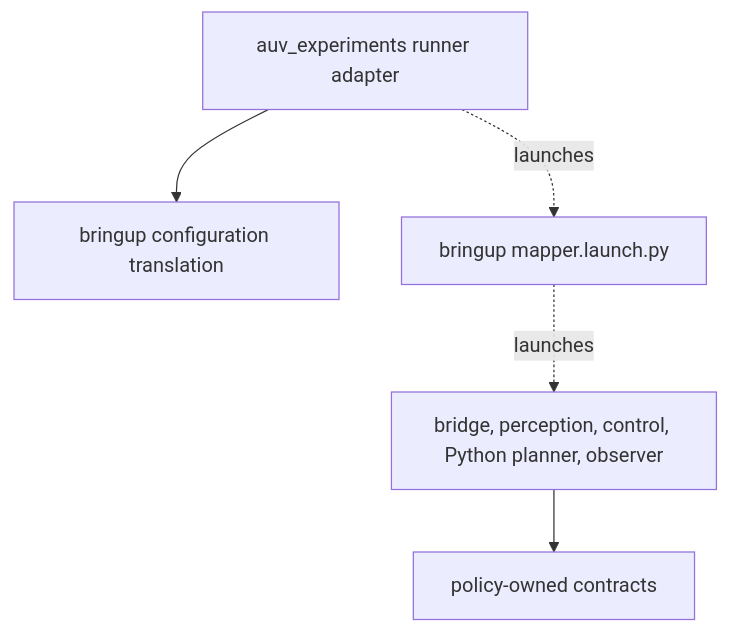
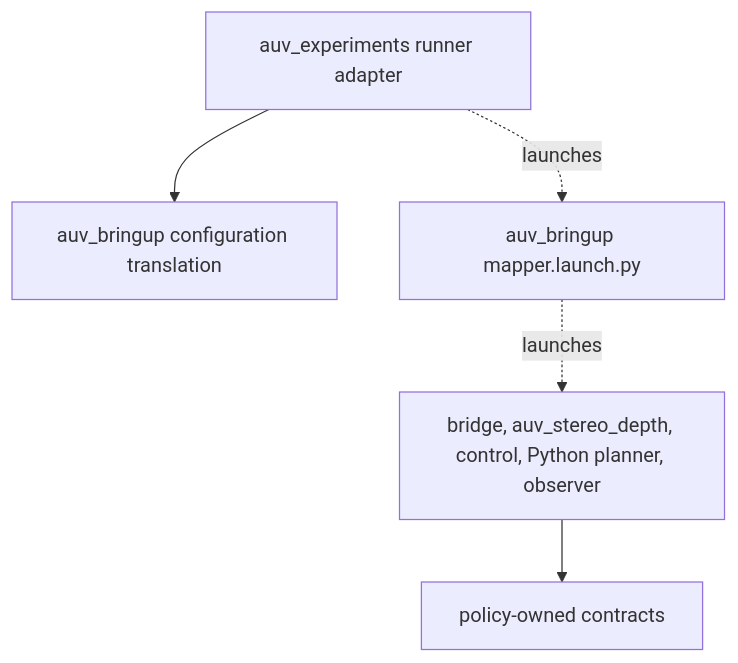
The diagram in src/docs/new_arch/bringup_architecture.md (metinegearal/auv-nbv-inspection), drawn with Mermaid before and after one commit. The commit also changed other lines of this file and 455 other files, not shown here.

````diff
--- a/src/docs/new_arch/bringup_architecture.md
+++ b/src/docs/new_arch/bringup_architecture.md
@@ -9,7 +9,7 @@
 ```mermaid
 graph TD
-    EXP[auv_experiments runner adapter] --> CFG[bringup configuration translation]
-    EXP -. launches .-> LAUNCH[bringup mapper.launch.py]
-    LAUNCH -. launches .-> RUNTIME[bridge, perception, control, Python planner, observer]
+    EXP[auv_experiments runner adapter] --> CFG[auv_bringup configuration translation]
+    EXP -. launches .-> LAUNCH[auv_bringup mapper.launch.py]
+    LAUNCH -. launches .-> RUNTIME[bridge, auv_stereo_depth, control, Python planner, observer]
     RUNTIME --> CONTRACTS[policy-owned contracts]
 ```
````
